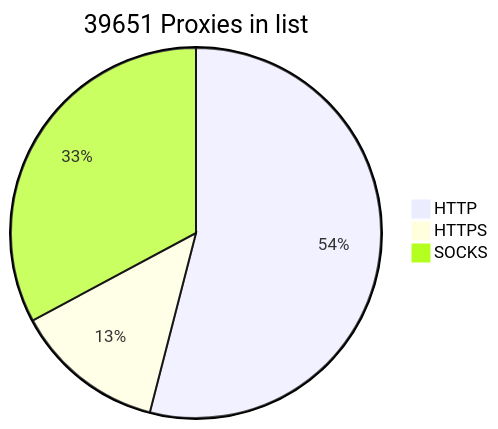
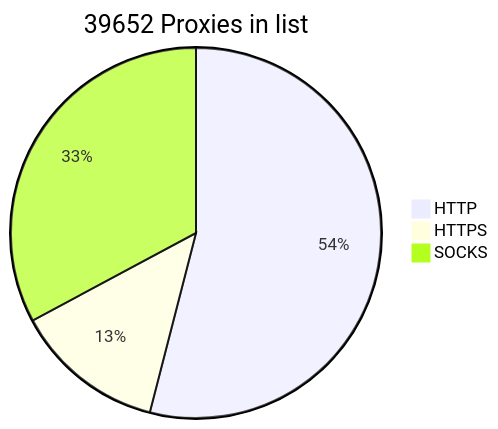
One commit to BlackSnowDot/proxylist-update-every-minute changed the diagram in README.md. Above: the diagram before and after it, drawn with Mermaid.

````diff
--- a/README.md
+++ b/README.md
@@ -2,6 +2,6 @@
 ```mermaid
-pie title 39651 Proxies in list
-    "HTTP" : 23762
+pie title 39652 Proxies in list
+    "HTTP" : 23764
     "HTTPS": 5789
-    "SOCKS" : 14444
+    "SOCKS" : 14445
 ```
````
